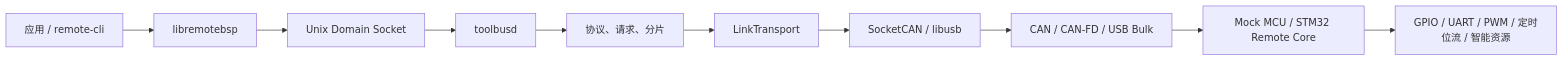
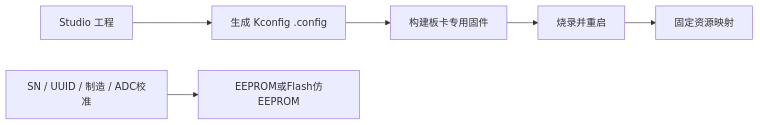
The diagram in docs/README.md (sendu2wfdx/RemoteBSP), drawn with Mermaid before and after one commit. The commit also changed other lines of this file and 102 other files, not shown here.

````diff
--- a/docs/README.md
+++ b/docs/README.md
@@ -38,12 +28,8 @@
 ```mermaid
 flowchart LR
-    A["应用 / remote-cli"] --> B["libremotebsp"]
-    B --> C["Unix Domain Socket"]
-    C --> D["toolbusd"]
-    D --> E["协议、请求、分片"]
-    E --> F["LinkTransport"]
-    F --> G["SocketCAN / libusb"]
-    G --> G2["CAN / CAN-FD / USB Bulk"]
-    G2 --> H["Mock MCU / STM32 Remote Core"]
-    H --> I["GPIO / UART / PWM / 定时位流 / 智能资源"]
+    A["Studio 工程"] --> B["生成 Kconfig .config"]
+    B --> C["构建板卡专用固件"]
+    C --> D["烧录并重启"]
+    D --> E["固定资源映射"]
+    F["SN / UUID / 制造 / ADC校准"] --> G["EEPROM或Flash仿EEPROM"]
 ```
````
